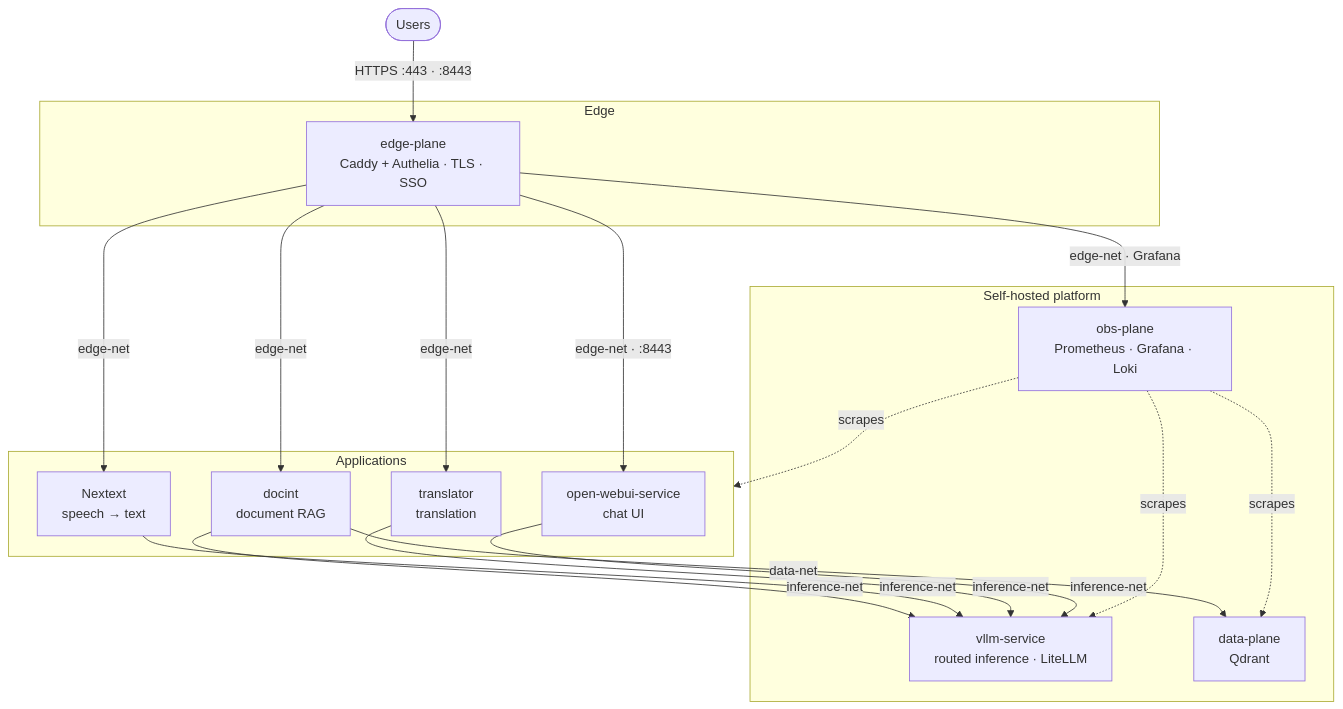
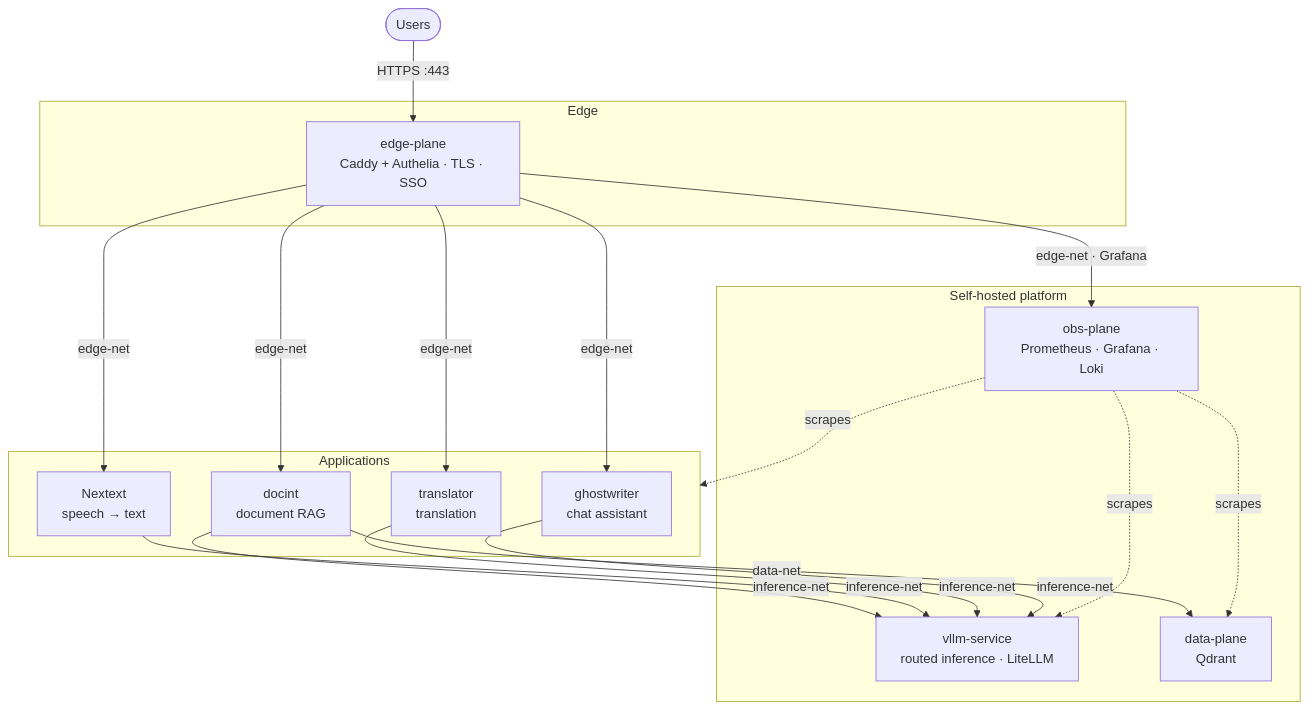
The diagram in profile/README.md (nos-tromo/.github), drawn with Mermaid before and after one commit. The commit also changed other lines of this file and 7 other files, not shown here.

First line of the commit message:
docs(profile): Ghostwriter in place of Open WebUI (#95)

````diff
--- a/profile/README.md
+++ b/profile/README.md
@@ -9,40 +9,40 @@
 ```mermaid
 flowchart TB
   users(["Users"])
 
   subgraph Edge["Edge"]
     edge["edge-plane<br/>Caddy + Authelia · TLS · SSO"]
   end
 
   subgraph Apps["Applications"]
     docint["docint<br/>document RAG"]
     nextext["Nextext<br/>speech → text"]
     translator["translator<br/>translation"]
-    webui["open-webui-service<br/>chat UI"]
+    ghostwriter["ghostwriter<br/>chat assistant"]
   end
 
   subgraph Platform["Self-hosted platform"]
     vllm["vllm-service<br/>routed inference · LiteLLM"]
     data["data-plane<br/>Qdrant"]
     obs["obs-plane<br/>Prometheus · Grafana · Loki"]
   end
 
-  users -->|HTTPS :443 · :8443| edge
+  users -->|HTTPS :443| edge
 
   edge -->|edge-net| docint
   edge -->|edge-net| nextext
   edge -->|edge-net| translator
-  edge -->|edge-net · :8443| webui
+  edge -->|edge-net| ghostwriter
   edge -->|edge-net · Grafana| obs
 
   docint -->|inference-net| vllm
   nextext -->|inference-net| vllm
   translator -->|inference-net| vllm
-  webui -->|inference-net| vllm
+  ghostwriter -->|inference-net| vllm
 
   docint -->|data-net| data
 
   obs -.->|scrapes| vllm
   obs -.->|scrapes| data
   obs -.->|scrapes| Apps
 ```
````
